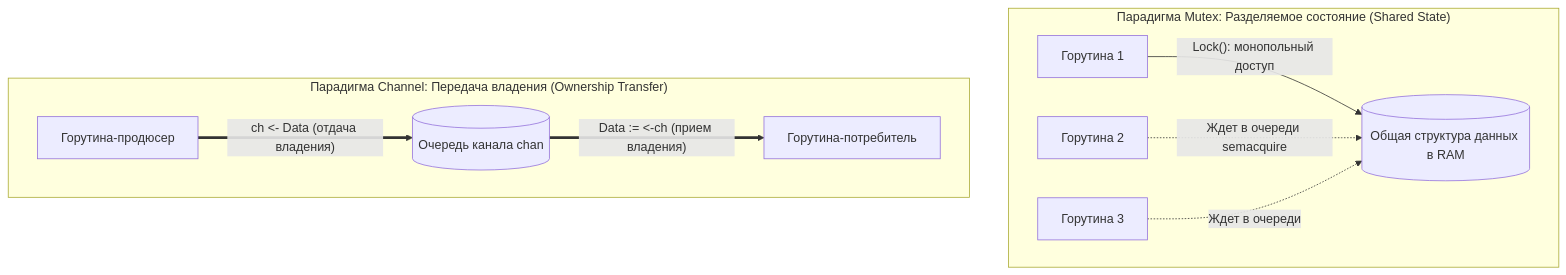
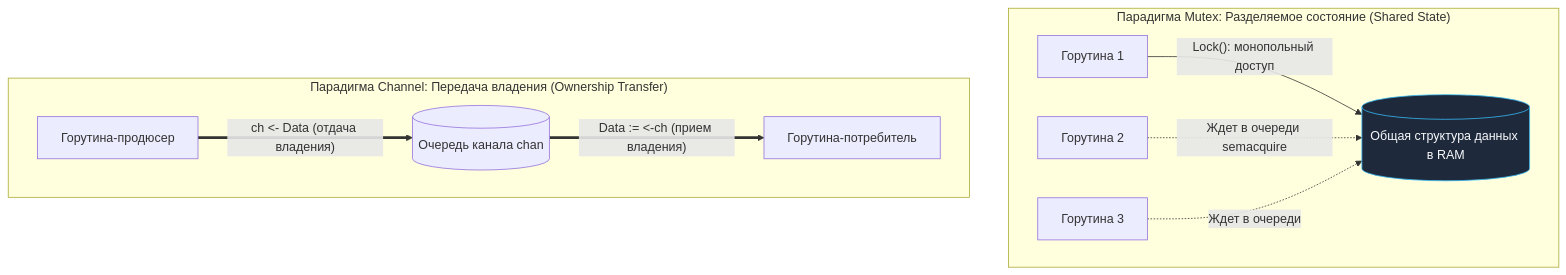
The first of 2 diagrams in sources/16. Профилирование, отладка и производительность/06. Конкурентность/6. Mutex vs channel.md (UnrealTemplier/go-textbook), drawn with Mermaid before and after one commit. The commit also changed other lines of this file and 1666 other files, not shown here.

First line of the commit message:
feat(mermaid): add semantic color classDef to 1369 colorless flowchart/graph diagrams

````diff
--- a/sources/16. Профилирование, отладка и производительность/06. Конкурентность/6. Mutex vs channel.md
+++ b/sources/16. Профилирование, отладка и производительность/06. Конкурентность/6. Mutex vs channel.md
@@ -20,14 +20,24 @@
 ```mermaid
 flowchart TD
+    classDef process  fill:#1e293b,stroke:#38bdf8,stroke-width:1px,color:#f8fafc
+    classDef success  fill:#064e3b,stroke:#34d399,stroke-width:1px,color:#f8fafc
+    classDef error    fill:#7f1d1d,stroke:#f87171,stroke-width:1px,color:#f8fafc
+    classDef warning  fill:#78350f,stroke:#fbbf24,stroke-width:1px,color:#f8fafc
+    classDef entry    fill:#1e3a5f,stroke:#38bdf8,stroke-width:2px,color:#f8fafc
+    classDef aux      fill:#334155,stroke:#64748b,stroke-width:1px,color:#f8fafc
+    classDef system   fill:#312e81,stroke:#a78bfa,stroke-width:1px,color:#f8fafc
+    classDef data     fill:#132d29,stroke:#2dd4bf,stroke-width:1px,color:#f8fafc
+    classDef network  fill:#881337,stroke:#fb7185,stroke-width:1px,color:#f8fafc
+    classDef accent   fill:#1e1b4b,stroke:#818cf8,stroke-width:1px,color:#f8fafc
     subgraph Mutex_World ["Парадигма Mutex: Разделяемое состояние (Shared State)"]
-        Data[(Общая структура данных в RAM)]
+        Data[(Общая структура данных в RAM)]:::process
         G1["Горутина 1"] -->|"Lock(): монопольный доступ"| Data
         G2["Горутина 2"] -.->|"Ждет в очереди semacquire"| Data
         G3["Горутина 3"] -.->|"Ждет в очереди"| Data
     end
 
     subgraph Channel_World ["Парадигма Channel: Передача владения (Ownership Transfer)"]
         Producer["Горутина-продюсер"] ==>|"ch <- Data (отдача владения)"| Pipe[("Очередь канала chan")]
         Pipe ==>|"Data := <-ch (прием владения)"| Consumer["Горутина-потребитель"]
     end
 ```
````
